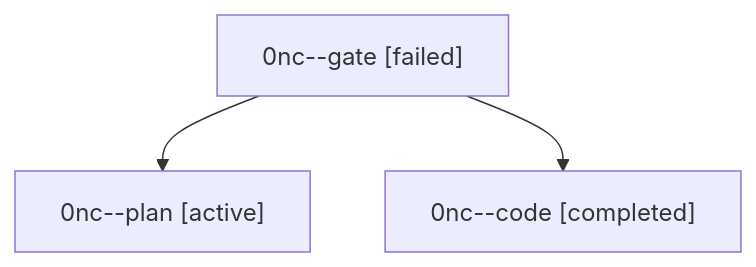
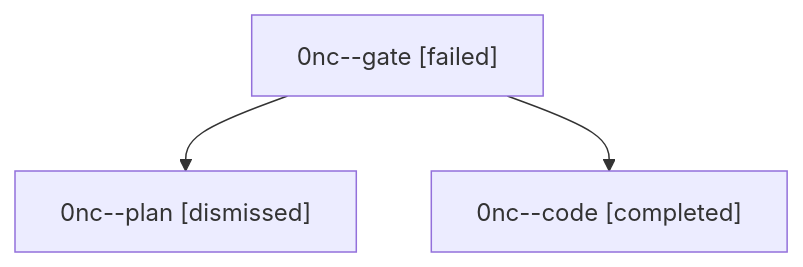
Before and after one commit to sase-org/sase--agents: the diagram in sessions/bbugyi200.athena.0nc.md, drawn with Mermaid. The commit also changed other lines of this file and 33 other files, not shown here.

````diff
--- a/sessions/bbugyi200.athena.0nc.md
+++ b/sessions/bbugyi200.athena.0nc.md
@@ -9,8 +9,8 @@
 ```mermaid
 flowchart TD
   n0["0nc--gate [failed]"]
-  n1["0nc--plan [active]"]
+  n1["0nc--plan [dismissed]"]
   n0 --> n1
   n2["0nc--code [completed]"]
   n0 --> n2
 ```
````
